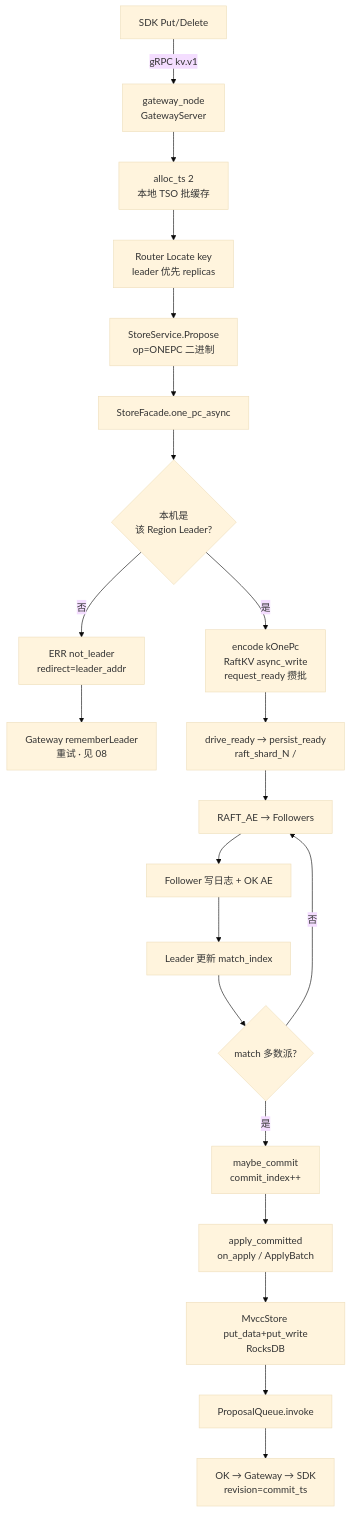
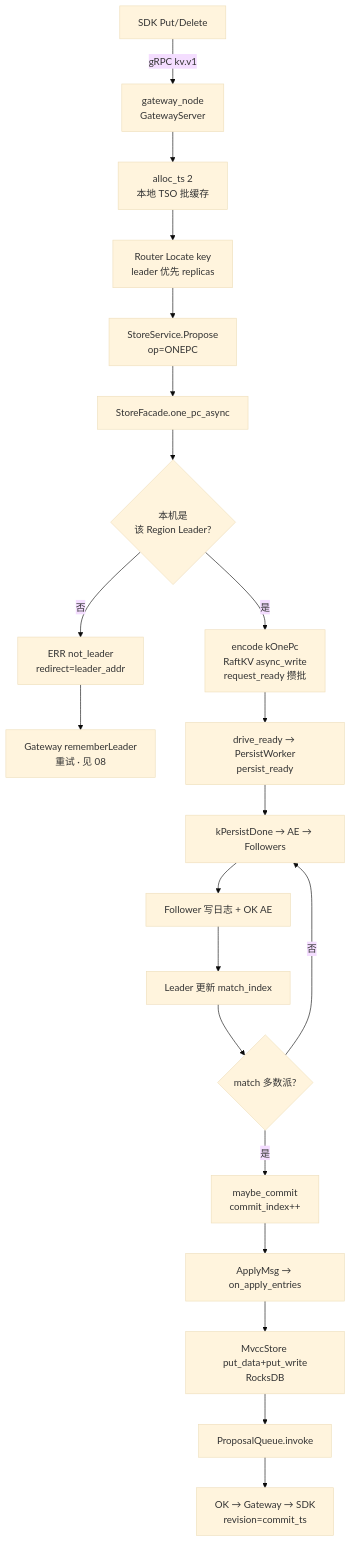
One commit to devotionalist/openkv changed the first of 2 diagrams in docs/flows/01-write-put.md. Above: the diagram before and after it, drawn with Mermaid (base theme). The commit also changed other lines of this file and 37 other files, not shown here.

First line of the commit message:
Add PersistWorker async Ready IO and drop unused request_id idempotency.

````diff
--- a/docs/flows/01-write-put.md
+++ b/docs/flows/01-write-put.md
@@ -21,23 +25,23 @@
 ```mermaid
 flowchart TD
   A[SDK Put/Delete] -->|gRPC kv.v1| B[gateway_node<br/>GatewayServer]
   B --> T[alloc_ts 2<br/>本地 TSO 批缓存]
   T --> C[Router Locate key<br/>leader 优先 replicas]
-  C --> D[StoreService.Propose<br/>op=ONEPC 二进制]
+  C --> D[StoreService.Propose<br/>op=ONEPC]
   D --> E[StoreFacade.one_pc_async]
   E --> F{本机是<br/>该 Region Leader?}
   F -->|否| H[ERR not_leader<br/>redirect=leader_addr]
   H --> R[Gateway rememberLeader<br/>重试 · 见 08]
   F -->|是| I[encode kOnePc<br/>RaftKV async_write<br/>request_ready 攒批]
-  I --> J[drive_ready → persist_ready<br/>raft_shard_N /]
-  J --> K[RAFT_AE → Followers]
+  I --> J[drive_ready → PersistWorker<br/>persist_ready]
+  J --> K[kPersistDone → AE → Followers]
   K --> L[Follower 写日志 + OK AE]
   L --> M[Leader 更新 match_index]
   M --> N{match 多数派?}
   N -->|否| K
   N -->|是| O[maybe_commit<br/>commit_index++]
-  O --> P[apply_committed<br/>on_apply / ApplyBatch]
+  O --> P[ApplyMsg → on_apply_entries]
   P --> Q[MvccStore put_data+put_write<br/>RocksDB]
   Q --> S[ProposalQueue.invoke]
   S --> U[OK → Gateway → SDK<br/>revision=commit_ts]
 ```
````
